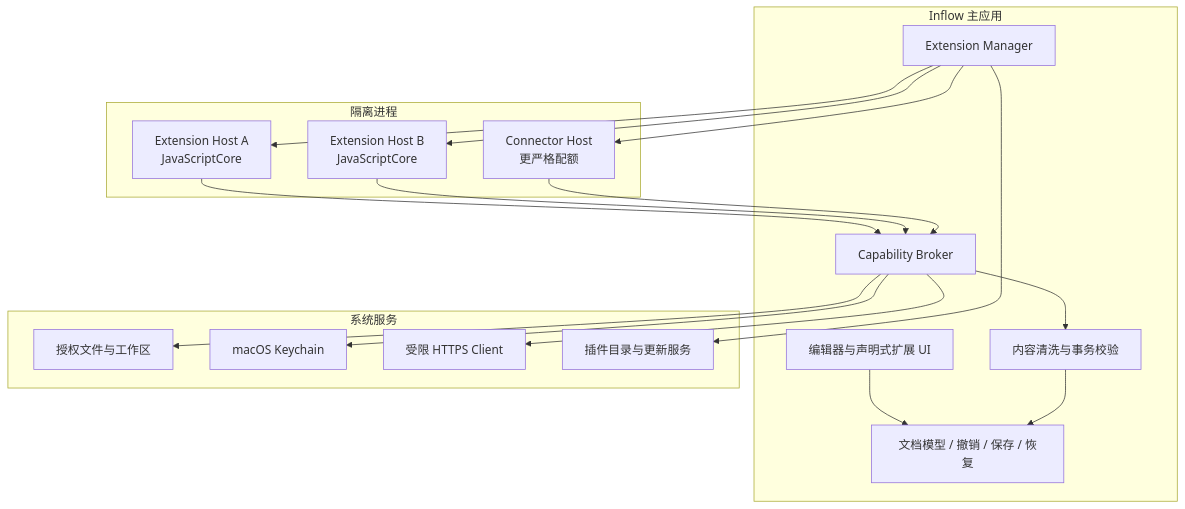
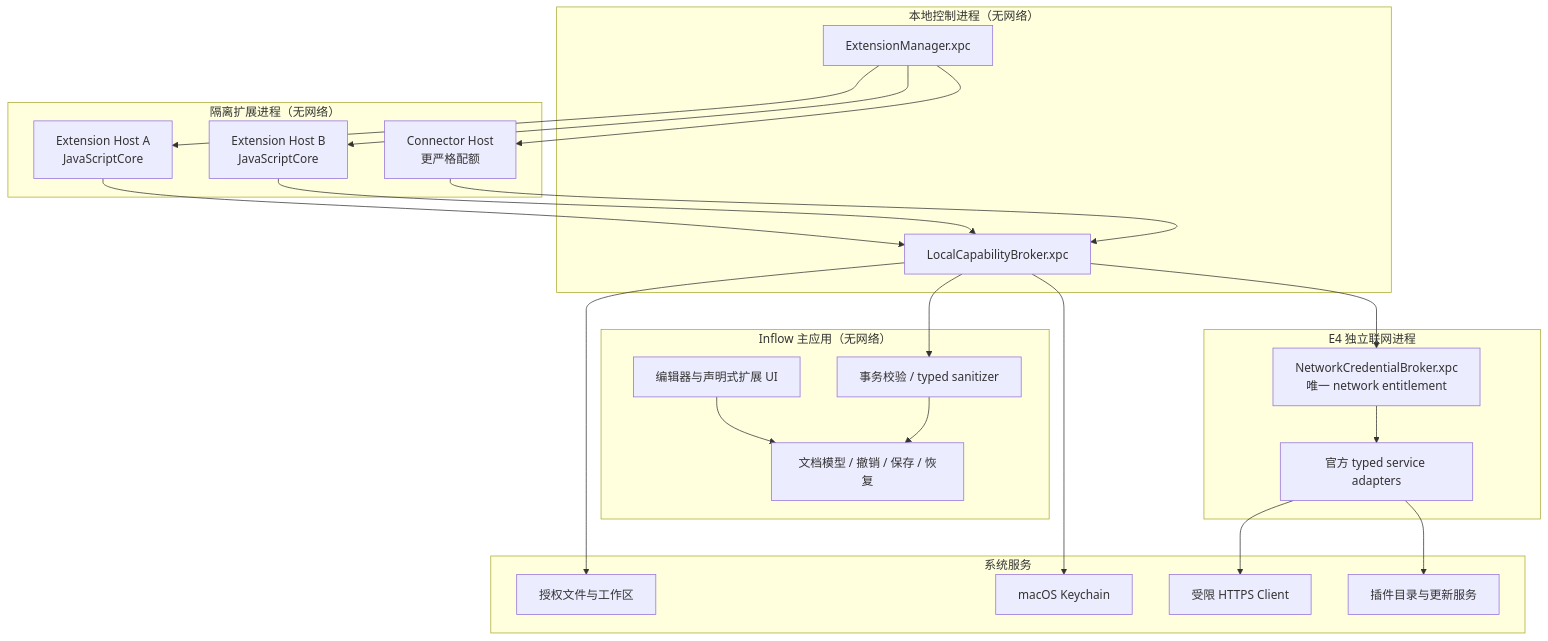
The first of 3 diagrams in docs/engineering/extensions/SYSTEM_DESIGN.md (Eulimene/Inflow), drawn with Mermaid before and after one commit. The commit also changed other lines of this file and 21 other files, not shown here.

````diff
--- a/docs/engineering/extensions/SYSTEM_DESIGN.md
+++ b/docs/engineering/extensions/SYSTEM_DESIGN.md
@@ -62,37 +62,47 @@
 ```mermaid
 flowchart TB
-    subgraph App["Inflow 主应用"]
+    subgraph App["Inflow 主应用（无网络）"]
       UI["编辑器与声明式扩展 UI"]
       Core["文档模型 / 撤销 / 保存 / 恢复"]
-      Manager["Extension Manager"]
-      Broker["Capability Broker"]
-      San["内容清洗与事务校验"]
+      Guard["事务校验 / typed sanitizer"]
     end
 
-    subgraph Hosts["隔离进程"]
+    subgraph Control["本地控制进程（无网络）"]
+      Manager["ExtensionManager.xpc"]
+      Broker["LocalCapabilityBroker.xpc"]
+    end
+
+    subgraph Hosts["隔离扩展进程（无网络）"]
       H1["Extension Host A\nJavaScriptCore"]
       H2["Extension Host B\nJavaScriptCore"]
       HC["Connector Host\n更严格配额"]
+    end
+
+    subgraph Network["E4 独立联网进程"]
+      NB["NetworkCredentialBroker.xpc\n唯一 network entitlement"]
+      Adapters["官方 typed service adapters"]
     end
 
     subgraph System["系统服务"]
       FS["授权文件与工作区"]
       KC["macOS Keychain"]
       Net["受限 HTTPS Client"]
       Store["插件目录与更新服务"]
     end
 
     UI --> Core
     Manager --> H1
     Manager --> H2
     Manager --> HC
     H1 --> Broker
     H2 --> Broker
     HC --> Broker
-    Broker --> San
-    San --> Core
+    Broker --> Guard
+    Guard --> Core
     Broker --> FS
     Broker --> KC
-    Broker --> Net
-    Manager --> Store
+    Broker --> NB
+    NB --> Adapters
+    Adapters --> Net
+    Adapters --> Store
 ```
````
